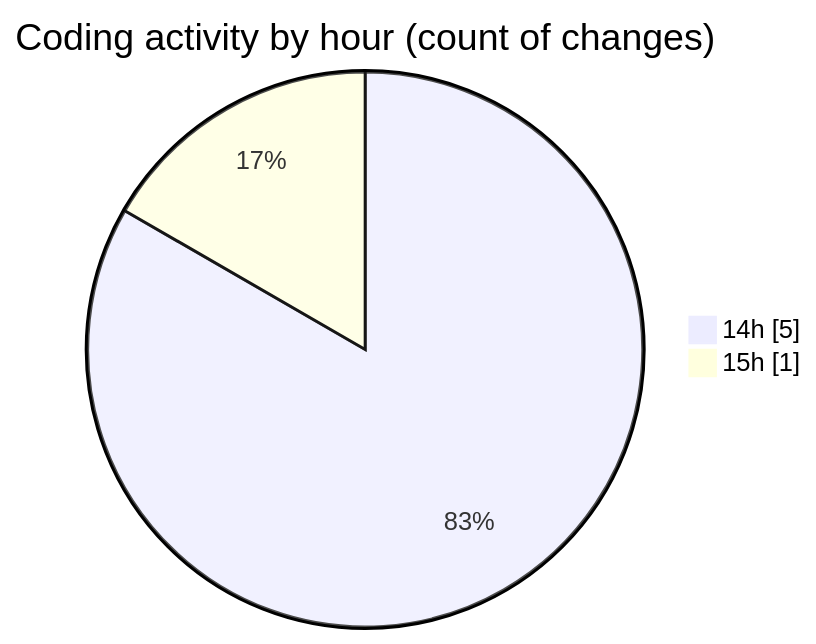
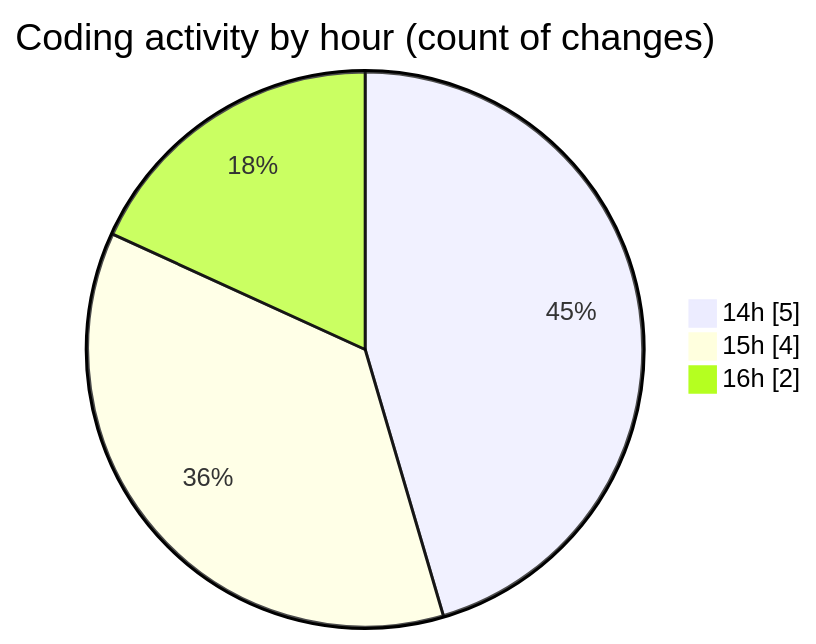
The second of 2 diagrams in 2026-04-23/darkwire/README.md (tmsrecording-cyber/code-tracking), drawn with Mermaid before and after one commit. The commit also changed other lines of this file and 1 other file, not shown here.

````diff
--- a/2026-04-23/darkwire/README.md
+++ b/2026-04-23/darkwire/README.md
@@ -32,6 +34,7 @@
 ```mermaid
 pie showData
 title Coding activity by hour (count of changes)
 "14h" : 5
-"15h" : 1
+"15h" : 4
+"16h" : 2
 ```
````
